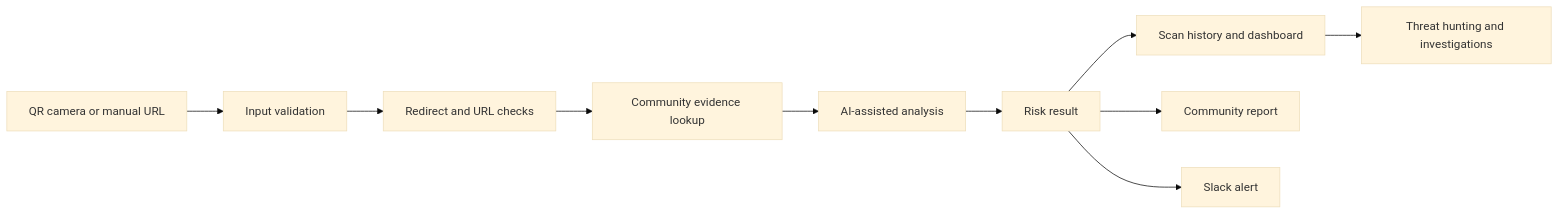
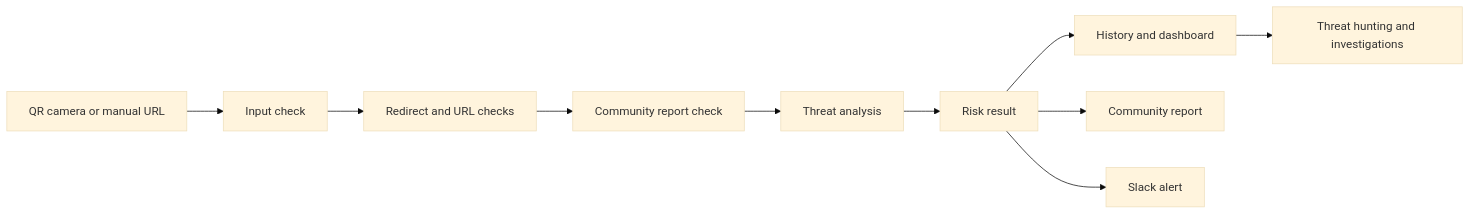
The diagram in README.md (ManeaAl-Shabrain/QR-Secures), drawn with Mermaid (base theme) before and after one commit. The commit also changed other lines of this file and 5 other files, not shown here.

````diff
--- a/README.md
+++ b/README.md
@@ -34,12 +28,12 @@
 ```mermaid
 flowchart LR
-    A[QR camera or manual URL] --> B[Input validation]
+    A[QR camera or manual URL] --> B[Input check]
     B --> C[Redirect and URL checks]
-    C --> D[Community evidence lookup]
-    D --> E[AI-assisted analysis]
+    C --> D[Community report check]
+    D --> E[Threat analysis]
     E --> F[Risk result]
-    F --> G[Scan history and dashboard]
+    F --> G[History and dashboard]
     F --> H[Community report]
     F --> I[Slack alert]
     G --> J[Threat hunting and investigations]
 ```
````
